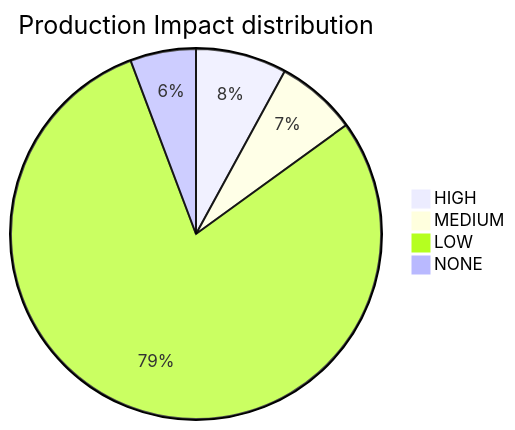
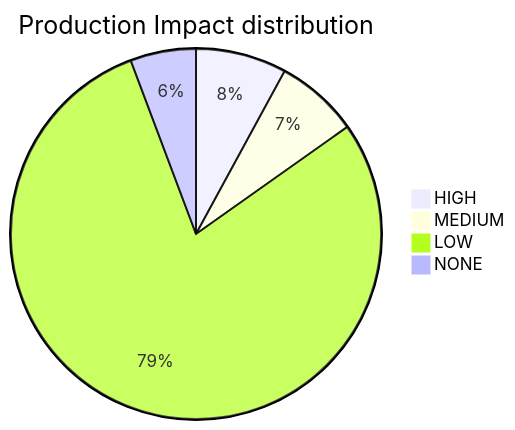
One commit to mikeybeezy/goldenpath-idp-infra changed the diagram in PLATFORM_HEALTH.md. Above: the diagram before and after it, drawn with Mermaid. The commit also changed other lines of this file, not shown here.

````diff
--- a/PLATFORM_HEALTH.md
+++ b/PLATFORM_HEALTH.md
@@ -53,7 +53,7 @@
 ```mermaid
 pie title Production Impact distribution
     "HIGH" : 36
-    "MEDIUM" : 32
+    "MEDIUM" : 33
     "LOW" : 359
     "NONE" : 26
 ```
````
